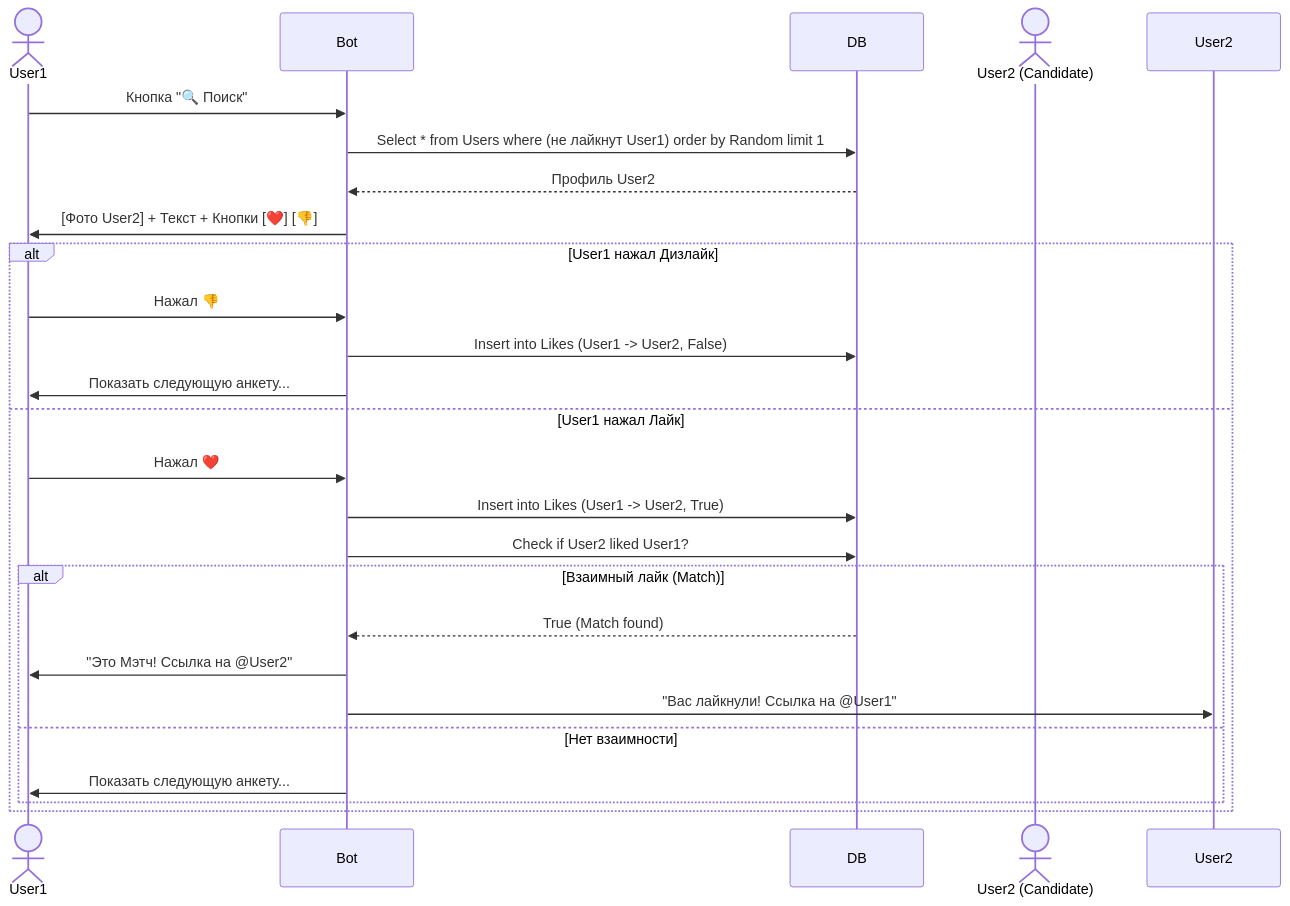
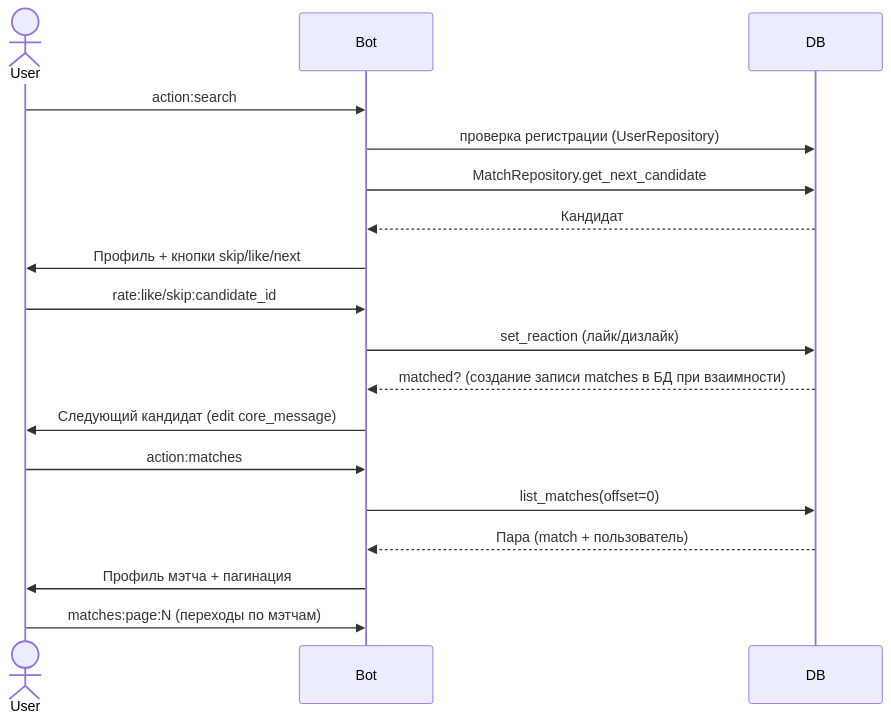
One commit to dshhrv/datemate changed the fourth of 4 diagrams in Python_Project.md. Above: the diagram before and after it, drawn with Mermaid. The commit also changed other lines of this file, not shown here.

````diff
--- a/Python_Project.md
+++ b/Python_Project.md
@@ -145,30 +196,23 @@
 ```mermaid
 sequenceDiagram
-    actor User1
+    actor User
     participant Bot
     participant DB
-    actor User2 (Candidate)
 
-    User1->>Bot: Кнопка "🔍 Поиск"
-    Bot->>DB: Select * from Users where (не лайкнут User1) order by Random limit 1
-    DB-->>Bot: Профиль User2
-    Bot->>User1: [Фото User2] + Текст + Кнопки [❤️] [👎]
-    
-    alt User1 нажал Дизлайк
-        User1->>Bot: Нажал 👎
-        Bot->>DB: Insert into Likes (User1 -> User2, False)
-        Bot->>User1: Показать следующую анкету...
-    else User1 нажал Лайк
-        User1->>Bot: Нажал ❤️
-        Bot->>DB: Insert into Likes (User1 -> User2, True)
-        Bot->>DB: Check if User2 liked User1?
-        
-        alt Взаимный лайк (Match)
-            DB-->>Bot: True (Match found)
-            Bot->>User1: "Это Мэтч! Ссылка на @User2"
-            Bot->>User2: "Вас лайкнули! Ссылка на @User1"
-        else Нет взаимности
-            Bot->>User1: Показать следующую анкету...
-        end
-    end
+    User->>Bot: action:search
+    Bot->>DB: проверка регистрации (UserRepository)
+    Bot->>DB: MatchRepository.get_next_candidate
+    DB-->>Bot: Кандидат
+    Bot->>User: Профиль + кнопки skip/like/next
+
+    User->>Bot: rate:like/skip:candidate_id
+    Bot->>DB: set_reaction (лайк/дизлайк)
+    DB-->>Bot: matched? (создание записи matches в БД при взаимности)
+    Bot->>User: Следующий кандидат (edit core_message)
+
+    User->>Bot: action:matches
+    Bot->>DB: list_matches(offset=0)
+    DB-->>Bot: Пара (match + пользователь)
+    Bot->>User: Профиль мэтча + пагинация
+    User->>Bot: matches:page:N (переходы по мэтчам)
 ```
````
